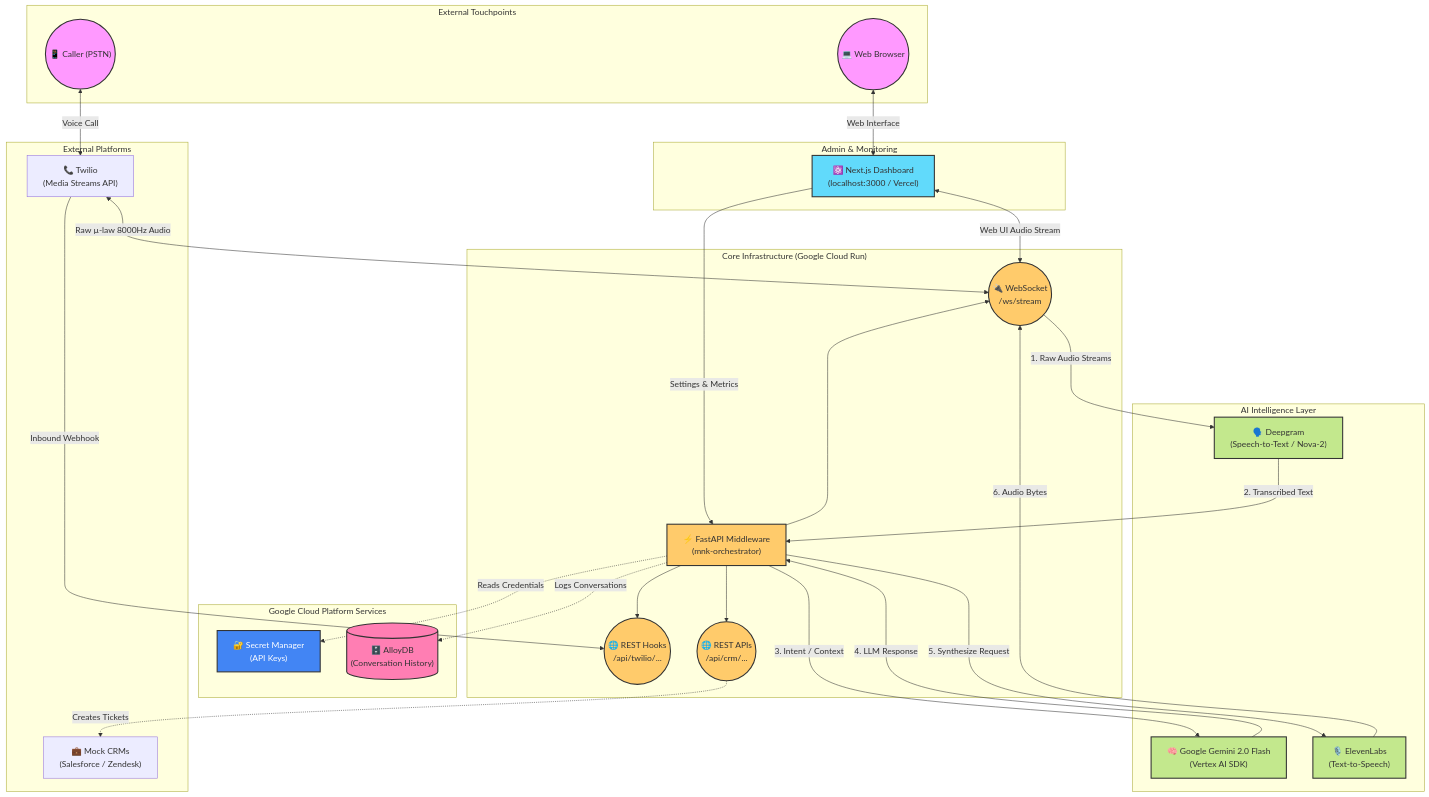
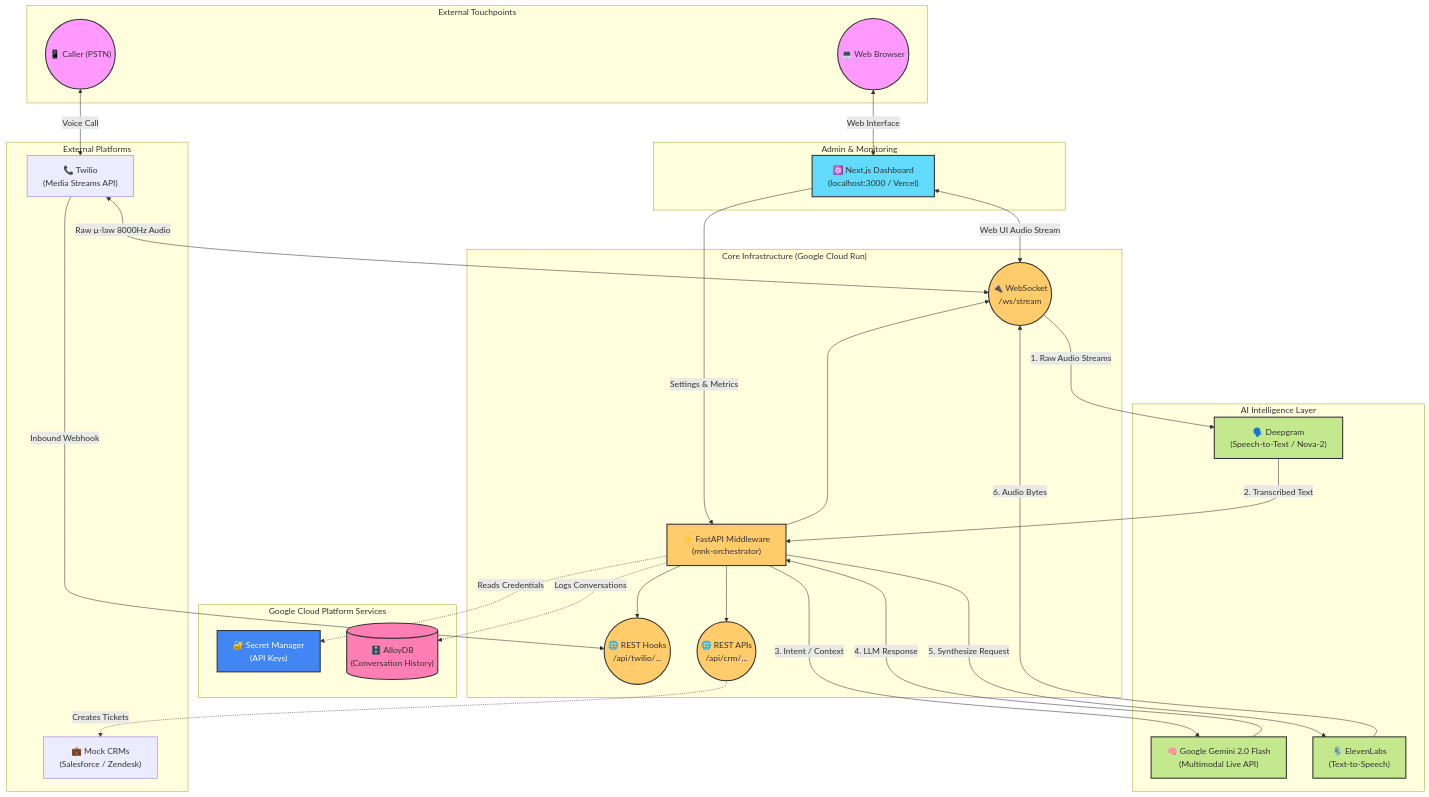
One commit to mnk-nasir/mnk-voice-agent changed the diagram in ARCHITECTURE.md. Above: the diagram before and after it, drawn with Mermaid. The commit also changed other lines of this file and 43 other files, not shown here.

```diff
--- a/ARCHITECTURE.md
+++ b/ARCHITECTURE.md
@@ -39,7 +39,7 @@
     %% 4. AI Ecosystem
     subgraph "AI Intelligence Layer"
         Deepgram["🗣️ Deepgram<br>(Speech-to-Text / Nova-2)"]:::ai_service
-        Gemini["🧠 Google Gemini 2.0 Flash<br>(Vertex AI SDK)"]:::ai_service
+        Gemini["🧠 Google Gemini 2.0 Flash<br>(Multimodal Live API)"]:::ai_service
         ElevenLabs["🎙️ ElevenLabs<br>(Text-to-Speech)"]:::ai_service
     end
 
```
